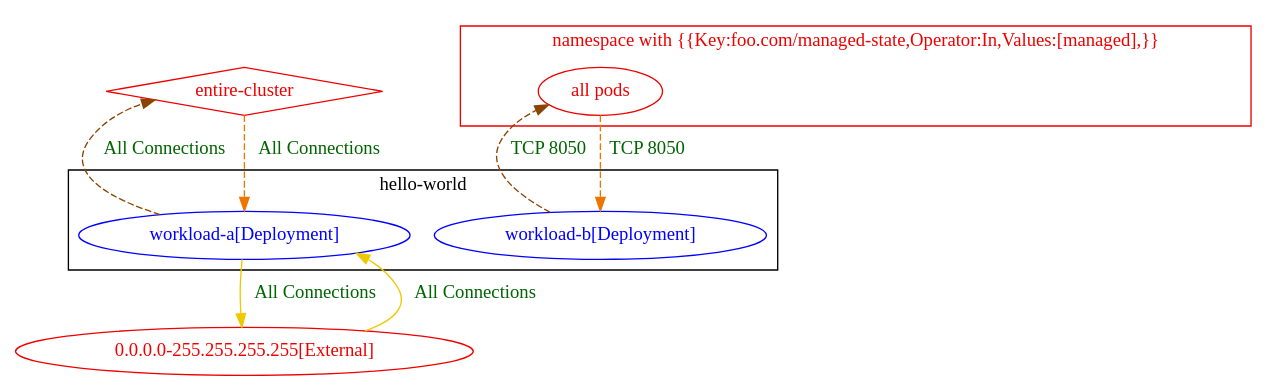
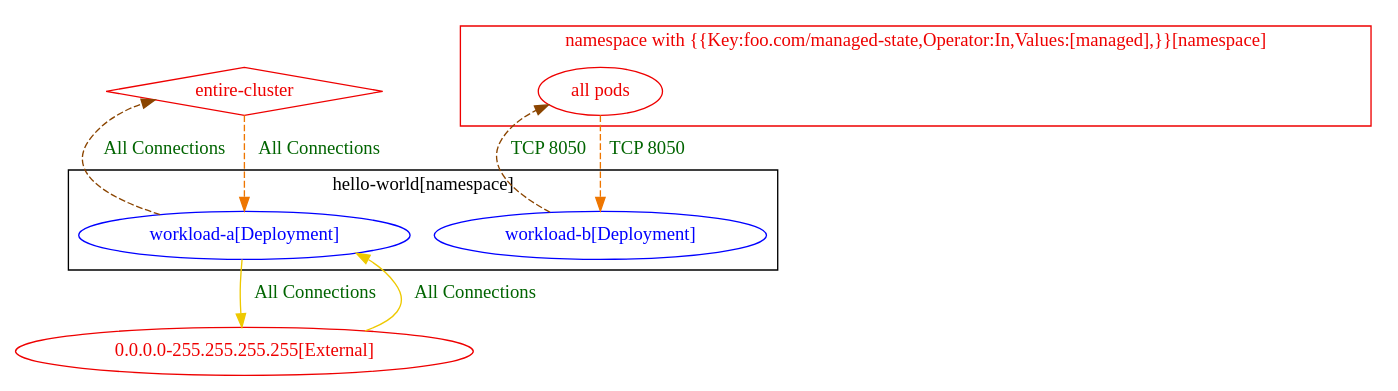
One commit to np-guard/netpol-analyzer changed the diagram in test_outputs/connlist/exposure_test_pod_exposed_only_to_representative_peers_exposure_output.dot. Above: the diagram before and after it, drawn with Graphviz. The commit also changed 475 other files, not shown here.

Commit message:
dot/graph output : add [namespace] to the namespace group name (unless it is a udn)

```diff
--- a/test_outputs/connlist/exposure_test_pod_exposed_only_to_representative_peers_exposure_output.dot
+++ b/test_outputs/connlist/exposure_test_pod_exposed_only_to_representative_peers_exposure_output.dot
@@ -1,23 +1,23 @@
 digraph {
-	subgraph "cluster_hello_world" {
+	subgraph "cluster_hello_world[namespace]" {
 		color="black"
 		fontcolor="black"
 		"hello-world/workload-a[Deployment]" [label="workload-a[Deployment]" color="blue" fontcolor="blue"]
 		"hello-world/workload-b[Deployment]" [label="workload-b[Deployment]" color="blue" fontcolor="blue"]
-		label="hello-world"
+		label="hello-world[namespace]"
 	}
-	subgraph "cluster_namespace with {{Key:foo.com/managed_state,Operator:In,Values:[managed],}}" {
+	subgraph "cluster_namespace with {{Key:foo.com/managed_state,Operator:In,Values:[managed],}}[namespace]" {
 		color="red2"
 		fontcolor="red2"
 		"all pods_in_namespace with {{Key:foo.com/managed-state,Operator:In,Values:[managed],}}" [label="all pods" color="red2" fontcolor="red2"]
-		label="namespace with {{Key:foo.com/managed-state,Operator:In,Values:[managed],}}"
+		label="namespace with {{Key:foo.com/managed-state,Operator:In,Values:[managed],}}[namespace]"
 	}
 	"0.0.0.0-255.255.255.255[External]" [label="0.0.0.0-255.255.255.255[External]" color="red2" fontcolor="red2"]
 	"entire-cluster" [label="entire-cluster" color="red2" fontcolor="red2" shape=diamond]
 	"0.0.0.0-255.255.255.255[External]" -> "hello-world/workload-a[Deployment]" [label="All Connections" color="gold2" fontcolor="darkgreen" weight=0.5]
 	"all pods_in_namespace with {{Key:foo.com/managed-state,Operator:In,Values:[managed],}}" -> "hello-world/workload-b[Deployment]" [label="TCP 8050" color="darkorange2" fontcolor="darkgreen" weight=1 style=dashed]
 	"entire-cluster" -> "hello-world/workload-a[Deployment]" [label="All Connections" color="darkorange2" fontcolor="darkgreen" weight=1 style=dashed]
 	"hello-world/workload-a[Deployment]" -> "0.0.0.0-255.255.255.255[External]" [label="All Connections" color="gold2" fontcolor="darkgreen" weight=1]
 	"hello-world/workload-a[Deployment]" -> "entire-cluster" [label="All Connections" color="darkorange4" fontcolor="darkgreen" weight=0.5 style=dashed]
 	"hello-world/workload-b[Deployment]" -> "all pods_in_namespace with {{Key:foo.com/managed-state,Operator:In,Values:[managed],}}" [label="TCP 8050" color="darkorange4" fontcolor="darkgreen" weight=0.5 style=dashed]
 }
```
